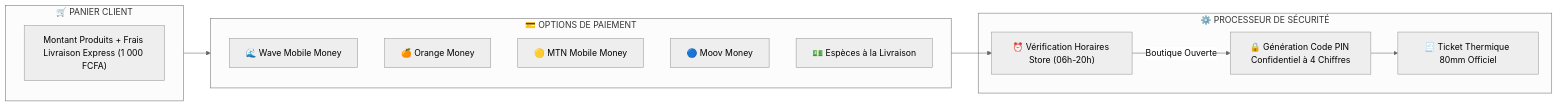
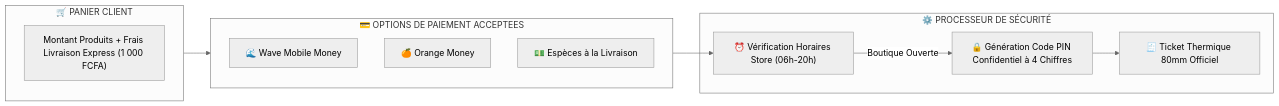
One commit to Christ-Hub-pixel/Boulangerie-de-BABI changed the fourth of 4 diagrams in PARCOURS_UTILISATEURS.md. Above: the diagram before and after it, drawn with Mermaid (neutral theme). The commit also changed other lines of this file and 4 other files, not shown here.

Commit message:
Suppression définitive des modes de paiement MTN et Moov. Seuls Wave et Orange Money (plus Espèces à la livraison) sont désormais acceptés

````diff
--- a/PARCOURS_UTILISATEURS.md
+++ b/PARCOURS_UTILISATEURS.md
@@ -97,25 +95,23 @@
 ```mermaid
 flowchart LR
     subgraph PANIER["🛒 PANIER CLIENT"]
         MONTANT["Montant Produits + Frais Livraison Express (1 000 FCFA)"]
     end
 
-    subgraph OPTIONS["💳 OPTIONS DE PAIEMENT"]
+    subgraph OPTIONS["💳 OPTIONS DE PAIEMENT ACCEPTEES"]
         WAVE["🌊 Wave Mobile Money"]
         OM["🍊 Orange Money"]
-        MTN["🟡 MTN Mobile Money"]
-        MOOV["🔵 Moov Money"]
         CASH["💵 Espèces à la Livraison"]
     end
 
     subgraph SECURE["⚙️ PROCESSEUR DE SÉCURITÉ"]
         SCHEDULE_CHECK["⏰ Vérification Horaires Store (06h-20h)"]
         PIN_GEN["🔒 Génération Code PIN Confidentiel à 4 Chiffres"]
         TICKET_GEN["🧾 Ticket Thermique 80mm Officiel"]
     end
 
     PANIER --> OPTIONS
     OPTIONS --> SCHEDULE_CHECK
     SCHEDULE_CHECK -->|Boutique Ouverte| PIN_GEN
     PIN_GEN --> TICKET_GEN
 ```
````
